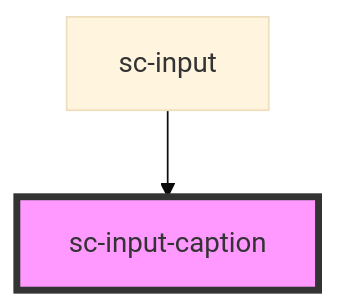
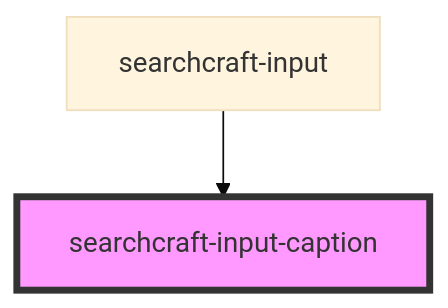
One commit to searchcraft-inc/searchcraft-javascript-sdks changed the diagram in packages/javascript-sdk/src/components/searchcraft-input-caption/readme.md. Above: the diagram before and after it, drawn with Mermaid (base theme). The commit also changed other lines of this file and 56 other files, not shown here.

````diff
--- a/packages/javascript-sdk/src/components/searchcraft-input-caption/readme.md
+++ b/packages/javascript-sdk/src/components/searchcraft-input-caption/readme.md
@@ -25,5 +25,5 @@
 ```mermaid
 graph TD;
-  sc-input --> sc-input-caption
-  style sc-input-caption fill:#f9f,stroke:#333,stroke-width:4px
+  searchcraft-input --> searchcraft-input-caption
+  style searchcraft-input-caption fill:#f9f,stroke:#333,stroke-width:4px
 ```
````
